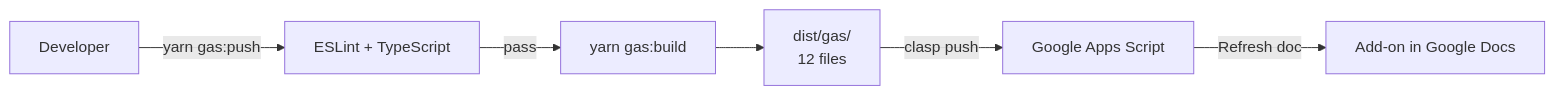
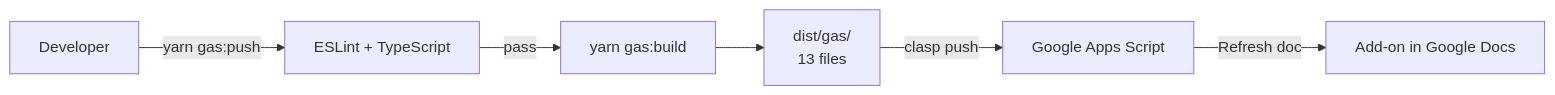
Before and after one commit to numanaral/mermaid-toolkit-for-google-docs: diagram 14 of 16 in PRD.md, drawn with Mermaid. The commit also changed other lines of this file and 3 other files, not shown here.

````diff
--- a/PRD.md
+++ b/PRD.md
@@ -517,8 +529,8 @@
 ```mermaid
 flowchart LR
     Dev["Developer"] -->|yarn gas:push| Lint["ESLint + TypeScript"]
     Lint -->|pass| Build["yarn gas:build"]
-    Build --> Dist["dist/gas/\n12 files"]
+    Build --> Dist["dist/gas/\n13 files"]
     Dist -->|clasp push| GAS["Google Apps Script"]
     GAS -->|Refresh doc| Addon["Add-on in Google Docs"]
 ```
````
